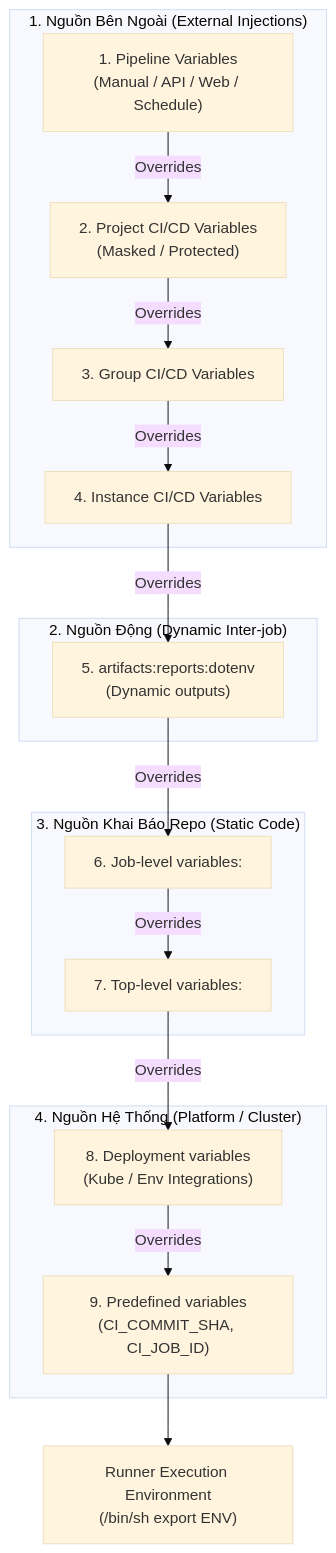
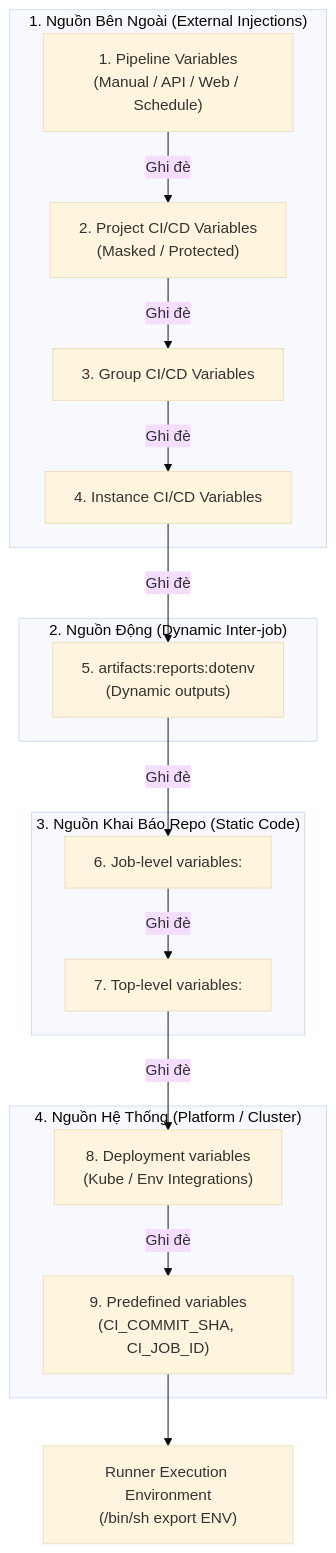
The first of 2 diagrams in _posts/2026-09-12-gitlab-06-06-bien-va-bi-mat.md (kiennt308/ntk), drawn with Mermaid (base theme) before and after one commit. The commit also changed other lines of this file and 44 other files, not shown here.

````diff
--- a/_posts/2026-09-12-gitlab-06-06-bien-va-bi-mat.md
+++ b/_posts/2026-09-12-gitlab-06-06-bien-va-bi-mat.md
@@ -89,33 +89,33 @@
 ```mermaid
 graph TD
     subgraph UI_API_INJECTION["1. Nguồn Bên Ngoài (External Injections)"]
         P1["1. Pipeline Variables<br/>(Manual / API / Web / Schedule)"]
         P2["2. Project CI/CD Variables<br/>(Masked / Protected)"]
         P3["3. Group CI/CD Variables"]
         P4["4. Instance CI/CD Variables"]
     end
 
     subgraph ARTIFACT_INJECTION["2. Nguồn Động (Dynamic Inter-job)"]
         P5["5. artifacts:reports:dotenv<br/>(Dynamic outputs)"]
     end
 
     subgraph REPO_INJECTION["3. Nguồn Khai Báo Repo (Static Code)"]
         P6["6. Job-level variables:"]
         P7["7. Top-level variables:"]
     end
 
     subgraph SYSTEM_INJECTION["4. Nguồn Hệ Thống (Platform / Cluster)"]
         P8["8. Deployment variables<br/>(Kube / Env Integrations)"]
         P9["9. Predefined variables<br/>(CI_COMMIT_SHA, CI_JOB_ID)"]
     end
 
-    P1 -->|Overrides| P2
-    P2 -->|Overrides| P3
-    P3 -->|Overrides| P4
-    P4 -->|Overrides| P5
-    P5 -->|Overrides| P6
-    P6 -->|Overrides| P7
-    P7 -->|Overrides| P8
-    P8 -->|Overrides| P9
+    P1 -->|"Ghi đè"| P2
+    P2 -->|"Ghi đè"| P3
+    P3 -->|"Ghi đè"| P4
+    P4 -->|"Ghi đè"| P5
+    P5 -->|"Ghi đè"| P6
+    P6 -->|"Ghi đè"| P7
+    P7 -->|"Ghi đè"| P8
+    P8 -->|"Ghi đè"| P9
     P9 --> RUNNER_ENV["Runner Execution Environment<br/>(/bin/sh export ENV)"]
 ```
````
